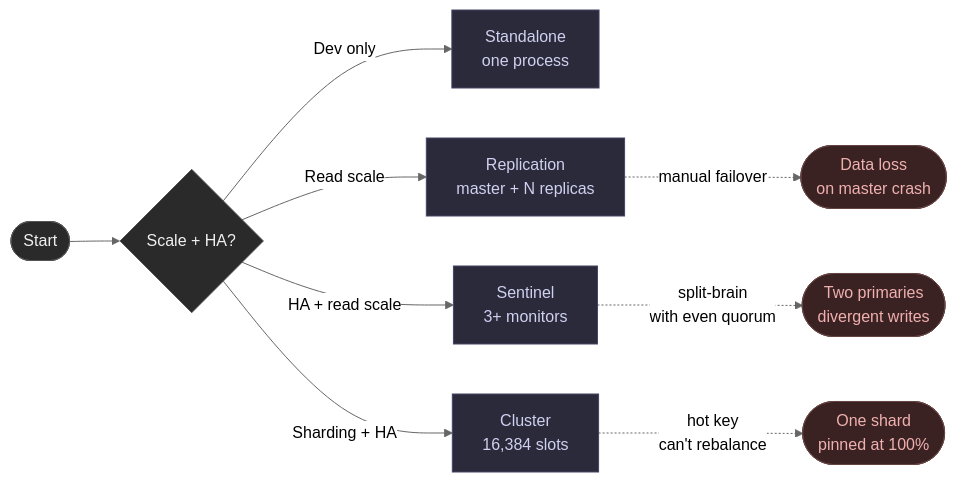
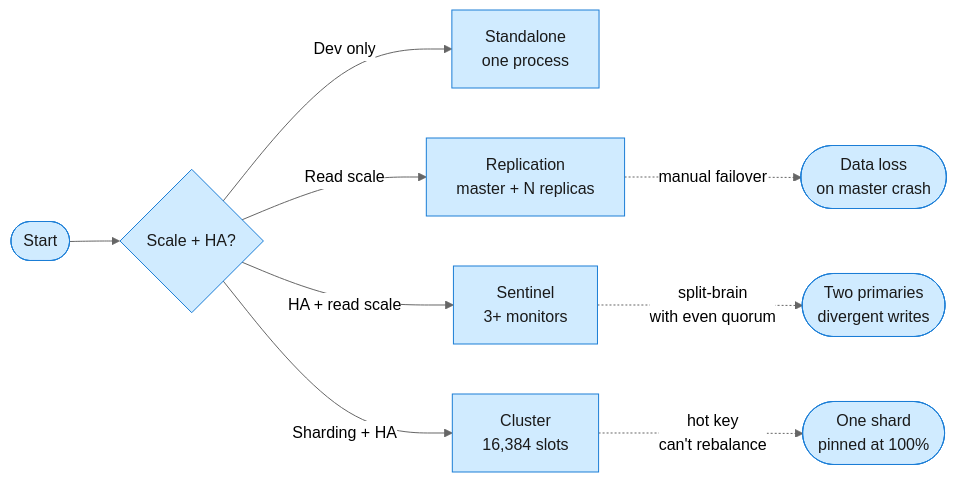
The second of 2 diagrams in _designs/tech-redis.md (iliazlobin/iliazlobin.github.io), drawn with Mermaid (neutral theme) before and after one commit. The commit also changed other lines of this file and 6 other files, not shown here.

First line of the commit message:
tech pages: tag search across categories, real tags, readable diagrams (#148)

````diff
--- a/_designs/tech-redis.md
+++ b/_designs/tech-redis.md
@@ -169,15 +169,15 @@
 ```mermaid
 flowchart LR
-    classDef box fill:#2A2A3A,stroke:#446,color:#D0D0F0
-    classDef choice fill:#2A2A2A,stroke:#555,color:#F0F0F0
-    classDef bad fill:#3A2222,stroke:#644,color:#F0B0B0
+    classDef box fill:#d0ebff,stroke:#1c7ed6,color:#1a1a1a
+    classDef choice fill:#d0ebff,stroke:#1c7ed6,color:#1a1a1a
+    classDef bad fill:#d0ebff,stroke:#1c7ed6,color:#1a1a1a
 
     START([Start]):::choice --> Q{Scale + HA?}:::choice
     Q -->|Dev only| S[Standalone<br/>one process]:::box
     Q -->|Read scale| R[Replication<br/>master + N replicas]:::box
     Q -->|HA + read scale| SN[Sentinel<br/>3+ monitors]:::box
     Q -->|Sharding + HA| C[Cluster<br/>16,384 slots]:::box
     R -.->|manual failover| F1([Data loss<br/>on master crash]):::bad
     SN -.->|split-brain<br/>with even quorum| F2([Two primaries<br/>divergent writes]):::bad
     C -.->|hot key<br/>can't rebalance| F3([One shard<br/>pinned at 100%]):::bad
 ```
````
